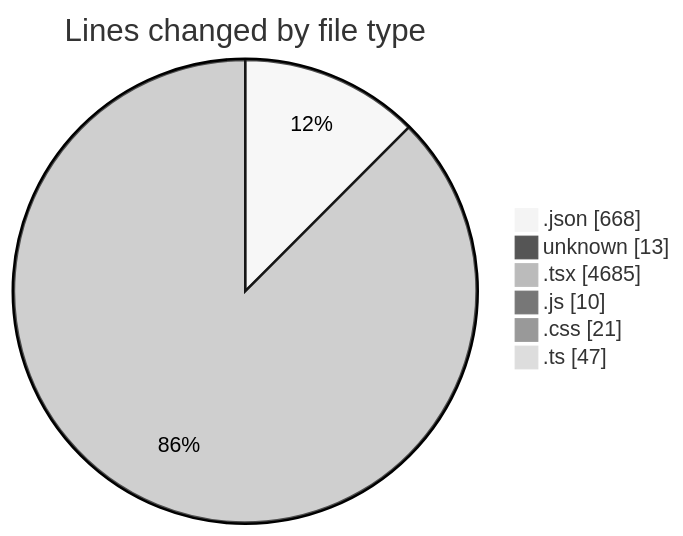
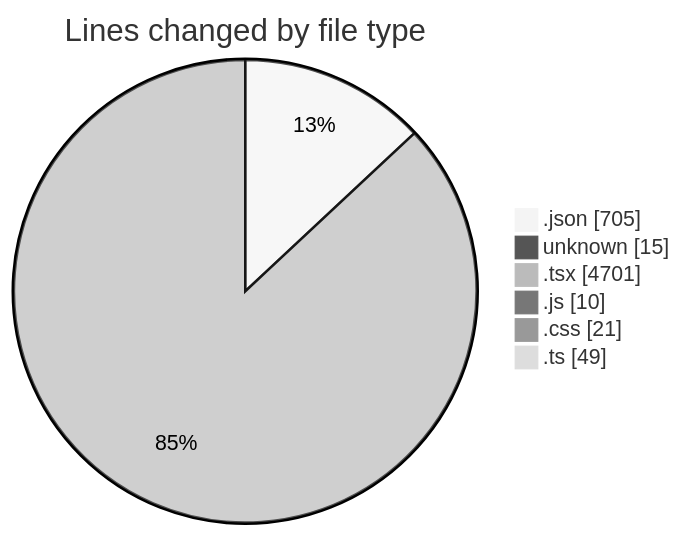
Before and after one commit to Elitesun/code-tracking: the first of 2 diagrams in 2025-05-02/niten/README.md, drawn with Mermaid (neutral theme). The commit also changed other lines of this file and 1 other file, not shown here.

````diff
--- a/2025-05-02/niten/README.md
+++ b/2025-05-02/niten/README.md
@@ -65,10 +66,10 @@
 ```mermaid
 pie showData
 title Lines changed by file type
-".json" : 668
-"unknown" : 13
-".tsx" : 4685
+".json" : 705
+"unknown" : 15
+".tsx" : 4701
 ".js" : 10
 ".css" : 21
-".ts" : 47
+".ts" : 49
 ```
````
